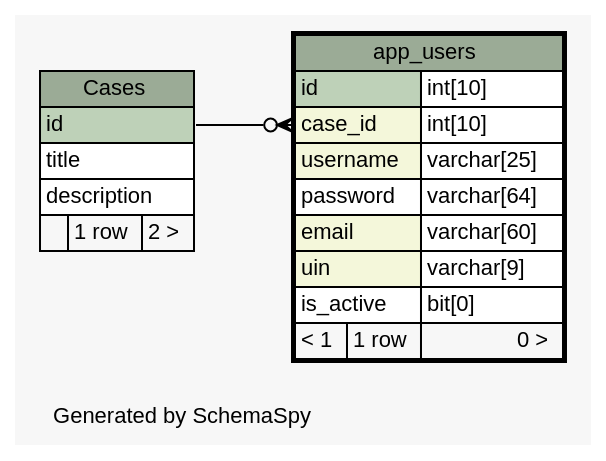
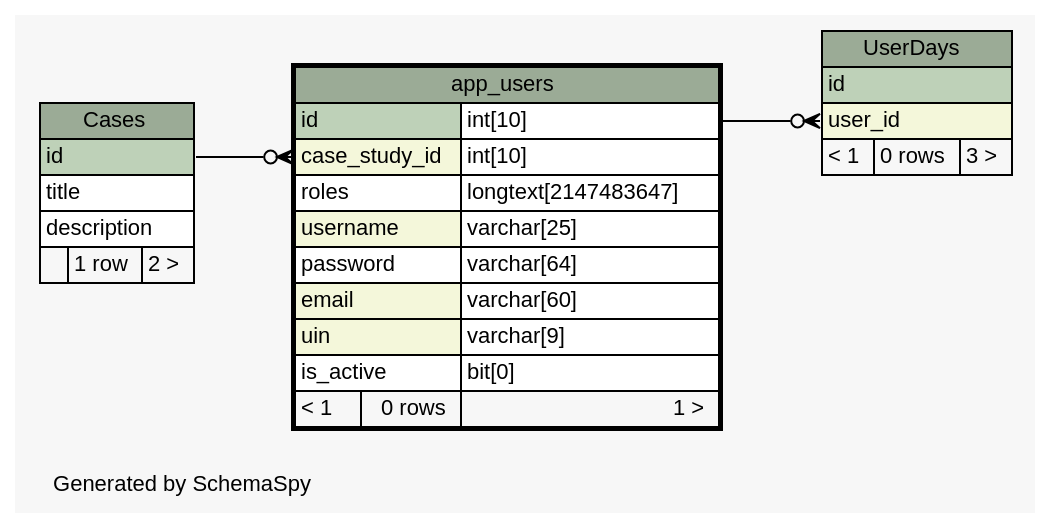
Before and after one commit to carrel2/CaseStudies: the diagram in web/files/schema/diagrams/app_users.1degree.dot, drawn with Graphviz. The commit also changed 88 other files, not shown here.

Commit message:
Add table to store user input, for use to compare with original case and review after completion

```diff
--- a/web/files/schema/diagrams/app_users.1degree.dot
+++ b/web/files/schema/diagrams/app_users.1degree.dot
@@ -1,51 +1,64 @@
-// dot 2.38.0 on Linux 4.4.0-62-generic
+// dot 2.38.0 on Linux 4.4.0-64-generic
 // SchemaSpy rev 590
 digraph "oneDegreeRelationshipsDiagram" {
   graph [
     rankdir="RL"
     bgcolor="#f7f7f7"
     label="\nGenerated by SchemaSpy"
     labeljust="l"
     nodesep="0.18"
     ranksep="0.46"
     fontname="Helvetica"
     fontsize="11"
   ];
   node [
     fontname="Helvetica"
     fontsize="11"
     shape="plaintext"
   ];
   edge [
     arrowsize="0.8"
   ];
-  "app_users":"case_id":w -> "Cases":"id":e [arrowhead=none dir=back arrowtail=crowodot];
+  "app_users":"case_study_id":w -> "Cases":"id":e [arrowhead=none dir=back arrowtail=crowodot];
+  "UserDays":"user_id":w -> "app_users":"id.type":e [arrowhead=none dir=back arrowtail=crowodot];
   "app_users" [
     label=<
     <TABLE BORDER="2" CELLBORDER="1" CELLSPACING="0" BGCOLOR="#ffffff">
       <TR><TD COLSPAN="3" BGCOLOR="#9bab96" ALIGN="CENTER">app_users</TD></TR>
       <TR><TD PORT="id" COLSPAN="2" BGCOLOR="#bed1b8" ALIGN="LEFT">id</TD><TD PORT="id.type" ALIGN="LEFT">int[10]</TD></TR>
-      <TR><TD PORT="case_id" COLSPAN="2" BGCOLOR="#f4f7da" ALIGN="LEFT">case_id</TD><TD PORT="case_id.type" ALIGN="LEFT">int[10]</TD></TR>
+      <TR><TD PORT="case_study_id" COLSPAN="2" BGCOLOR="#f4f7da" ALIGN="LEFT">case_study_id</TD><TD PORT="case_study_id.type" ALIGN="LEFT">int[10]</TD></TR>
+      <TR><TD PORT="roles" COLSPAN="2" ALIGN="LEFT">roles</TD><TD PORT="roles.type" ALIGN="LEFT">longtext[2147483647]</TD></TR>
       <TR><TD PORT="username" COLSPAN="2" BGCOLOR="#f4f7da" ALIGN="LEFT">username</TD><TD PORT="username.type" ALIGN="LEFT">varchar[25]</TD></TR>
       <TR><TD PORT="password" COLSPAN="2" ALIGN="LEFT">password</TD><TD PORT="password.type" ALIGN="LEFT">varchar[64]</TD></TR>
       <TR><TD PORT="email" COLSPAN="2" BGCOLOR="#f4f7da" ALIGN="LEFT">email</TD><TD PORT="email.type" ALIGN="LEFT">varchar[60]</TD></TR>
       <TR><TD PORT="uin" COLSPAN="2" BGCOLOR="#f4f7da" ALIGN="LEFT">uin</TD><TD PORT="uin.type" ALIGN="LEFT">varchar[9]</TD></TR>
       <TR><TD PORT="is_active" COLSPAN="2" ALIGN="LEFT">is_active</TD><TD PORT="is_active.type" ALIGN="LEFT">bit[0]</TD></TR>
-      <TR><TD ALIGN="LEFT" BGCOLOR="#f7f7f7">&lt; 1</TD><TD ALIGN="RIGHT" BGCOLOR="#f7f7f7">1 row</TD><TD ALIGN="RIGHT" BGCOLOR="#f7f7f7">0 &gt;</TD></TR>
+      <TR><TD ALIGN="LEFT" BGCOLOR="#f7f7f7">&lt; 1</TD><TD ALIGN="RIGHT" BGCOLOR="#f7f7f7">0 rows</TD><TD ALIGN="RIGHT" BGCOLOR="#f7f7f7">1 &gt;</TD></TR>
     </TABLE>>
     URL="app_users.html"
     tooltip="app_users"
   ];
   "Cases" [
     label=<
     <TABLE BORDER="0" CELLBORDER="1" CELLSPACING="0" BGCOLOR="#ffffff">
       <TR><TD COLSPAN="3" BGCOLOR="#9bab96" ALIGN="CENTER">Cases</TD></TR>
       <TR><TD PORT="id" COLSPAN="3" BGCOLOR="#bed1b8" ALIGN="LEFT">id</TD></TR>
       <TR><TD PORT="title" COLSPAN="3" ALIGN="LEFT">title</TD></TR>
       <TR><TD PORT="description" COLSPAN="3" ALIGN="LEFT">description</TD></TR>
       <TR><TD ALIGN="LEFT" BGCOLOR="#f7f7f7">  </TD><TD ALIGN="RIGHT" BGCOLOR="#f7f7f7">1 row</TD><TD ALIGN="RIGHT" BGCOLOR="#f7f7f7">2 &gt;</TD></TR>
     </TABLE>>
     URL="Cases.html"
     tooltip="Cases"
   ];
+  "UserDays" [
+    label=<
+    <TABLE BORDER="0" CELLBORDER="1" CELLSPACING="0" BGCOLOR="#ffffff">
+      <TR><TD COLSPAN="3" BGCOLOR="#9bab96" ALIGN="CENTER">UserDays</TD></TR>
+      <TR><TD PORT="id" COLSPAN="3" BGCOLOR="#bed1b8" ALIGN="LEFT">id</TD></TR>
+      <TR><TD PORT="user_id" COLSPAN="3" BGCOLOR="#f4f7da" ALIGN="LEFT">user_id</TD></TR>
+      <TR><TD ALIGN="LEFT" BGCOLOR="#f7f7f7">&lt; 1</TD><TD ALIGN="RIGHT" BGCOLOR="#f7f7f7">0 rows</TD><TD ALIGN="RIGHT" BGCOLOR="#f7f7f7">3 &gt;</TD></TR>
+    </TABLE>>
+    URL="UserDays.html"
+    tooltip="UserDays"
+  ];
 }
```
